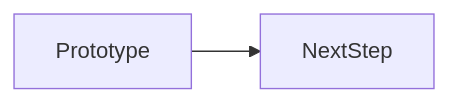
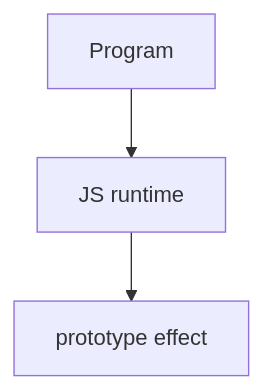
One commit to OmidJavaherii/Frontend-Engineering-Handbook changed the second of 2 diagrams in docs/en/06-javascript/prototype/index.md. Above: the diagram before and after it, drawn with Mermaid. The commit also changed other lines of this file and 461 other files, not shown here.

````diff
--- a/docs/en/06-javascript/prototype/index.md
+++ b/docs/en/06-javascript/prototype/index.md
@@ -95,4 +109,5 @@
 ```mermaid
-flowchart LR
-  concept[Prototype] --> nextStep[NextStep]
+flowchart TD
+  Code[Program] --> Runtime[JS runtime]
+  Runtime --> Effect[prototype effect]
 ```
````
